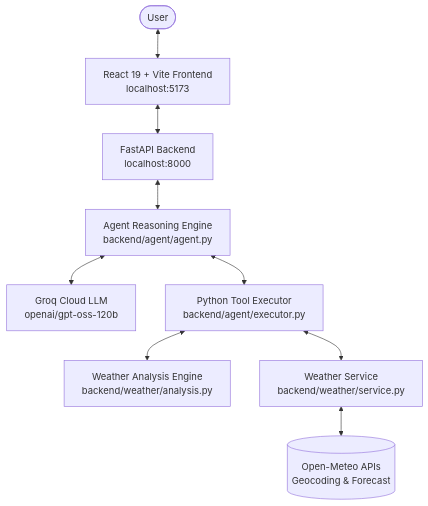
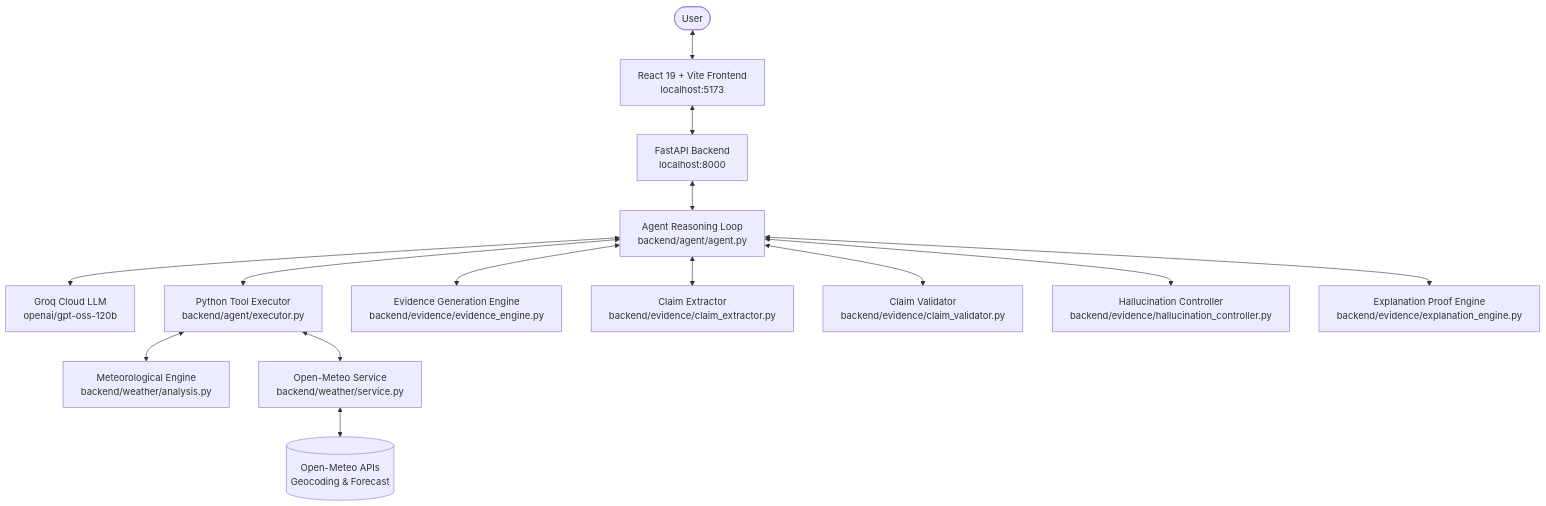
The first of 2 diagrams in README.md (TaruneshM/Sky-Reader), drawn with Mermaid before and after one commit. The commit also changed other lines of this file and 30 other files, not shown here.

````diff
--- a/README.md
+++ b/README.md
@@ -47,11 +77,18 @@
 ```mermaid
 flowchart TD
     User([User]) <--> Frontend["React 19 + Vite Frontend<br/>localhost:5173"]
     Frontend <--> API["FastAPI Backend<br/>localhost:8000"]
-    API <--> Agent["Agent Reasoning Engine<br/>backend/agent/agent.py"]
+    API <--> Agent["Agent Reasoning Loop<br/>backend/agent/agent.py"]
     Agent <--> GroqLLM["Groq Cloud LLM<br/>openai/gpt-oss-120b"]
     Agent <--> Executor["Python Tool Executor<br/>backend/agent/executor.py"]
-    Executor <--> Analysis["Weather Analysis Engine<br/>backend/weather/analysis.py"]
-    Executor <--> WeatherService["Weather Service<br/>backend/weather/service.py"]
-    WeatherService <--> OpenMeteo[("Open-Meteo APIs<br/>Geocoding & Forecast")]
+    Executor <--> Analysis["Meteorological Engine<br/>backend/weather/analysis.py"]
+    Executor <--> Service["Open-Meteo Service<br/>backend/weather/service.py"]
+    Service <--> OpenMeteo[("Open-Meteo APIs<br/>Geocoding & Forecast")]
+
+    %% Phase 4 Explainability & Validation Pipeline
+    Agent <--> EvEngine["Evidence Generation Engine<br/>backend/evidence/evidence_engine.py"]
+    Agent <--> ClaimExt["Claim Extractor<br/>backend/evidence/claim_extractor.py"]
+    Agent <--> ClaimVal["Claim Validator<br/>backend/evidence/claim_validator.py"]
+    Agent <--> HallucCtrl["Hallucination Controller<br/>backend/evidence/hallucination_controller.py"]
+    Agent <--> ExplEngine["Explanation Proof Engine<br/>backend/evidence/explanation_engine.py"]
 ```
````
